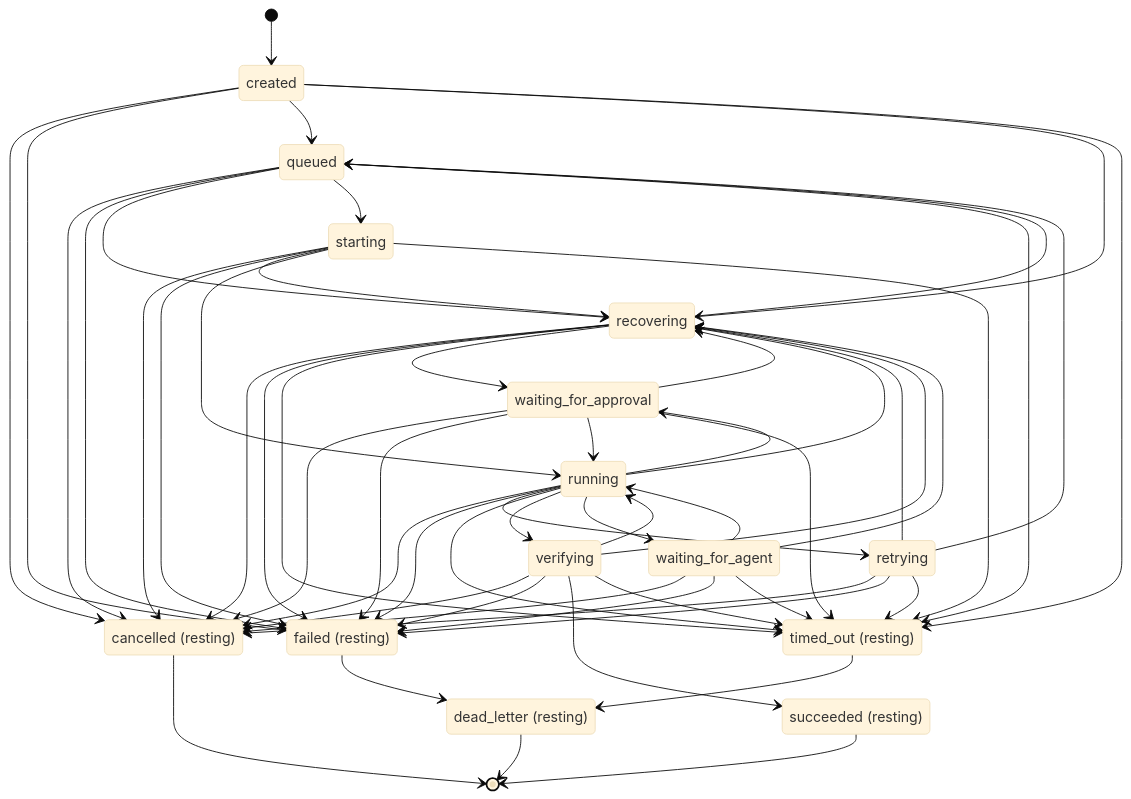
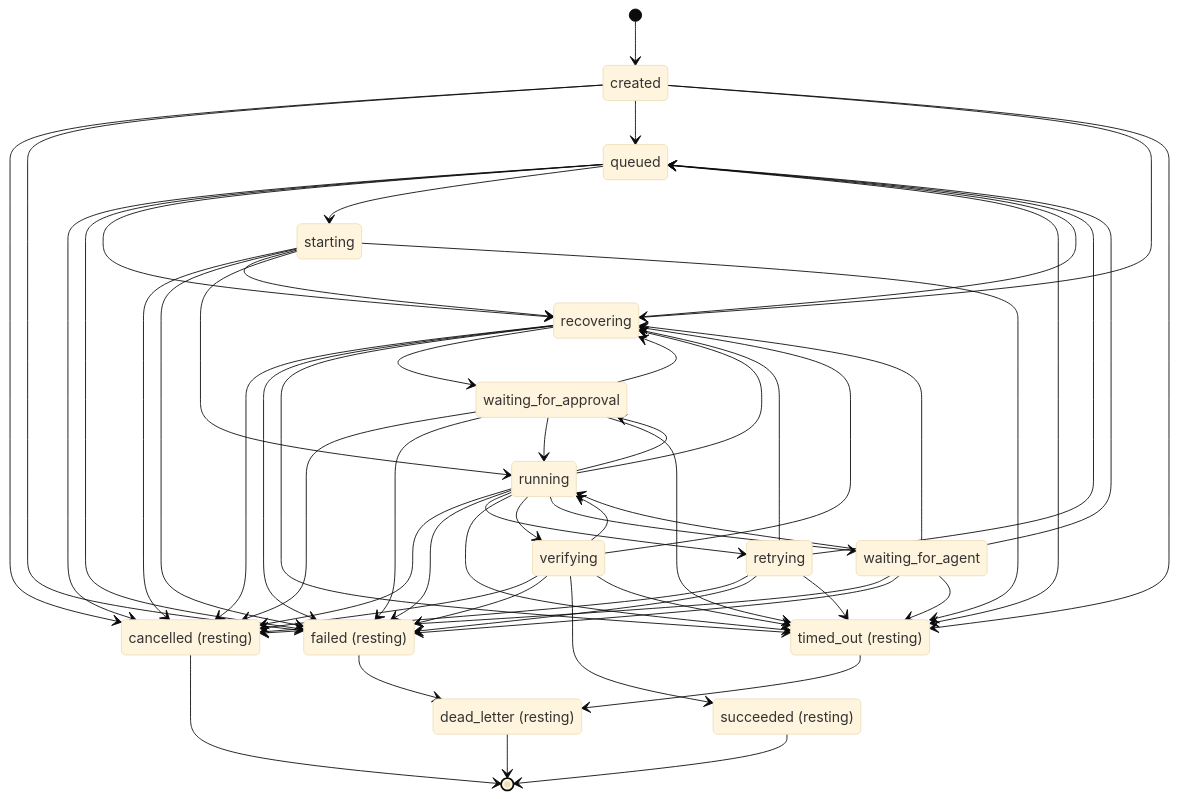
One commit to strikersam/autonomous-ai-agency changed diagram 12 of 22 in docs/lifecycles.md. Above: the diagram before and after it, drawn with Mermaid (base theme). The commit also changed other lines of this file and 44 other files, not shown here.

````diff
--- a/docs/lifecycles.md
+++ b/docs/lifecycles.md
@@ -481,72 +482,73 @@
 ```mermaid
 stateDiagram-v2
     state "cancelled (resting)" as s_cancelled
     state "created" as s_created
     state "dead_letter (resting)" as s_dead_letter
     state "failed (resting)" as s_failed
     state "queued" as s_queued
     state "recovering" as s_recovering
     state "retrying" as s_retrying
     state "running" as s_running
     state "starting" as s_starting
     state "succeeded (resting)" as s_succeeded
     state "timed_out (resting)" as s_timed_out
     state "verifying" as s_verifying
     state "waiting_for_agent" as s_waiting_for_agent
     state "waiting_for_approval" as s_waiting_for_approval
     [*] --> s_created
     s_created --> s_cancelled
     s_created --> s_failed
     s_created --> s_queued
     s_created --> s_recovering
     s_created --> s_timed_out
     s_failed --> s_dead_letter
     s_queued --> s_cancelled
     s_queued --> s_failed
     s_queued --> s_recovering
     s_queued --> s_starting
     s_queued --> s_timed_out
     s_recovering --> s_cancelled
     s_recovering --> s_failed
     s_recovering --> s_queued
     s_recovering --> s_timed_out
     s_recovering --> s_waiting_for_approval
     s_retrying --> s_cancelled
     s_retrying --> s_failed
     s_retrying --> s_queued
     s_retrying --> s_recovering
     s_retrying --> s_timed_out
     s_running --> s_cancelled
     s_running --> s_failed
     s_running --> s_recovering
     s_running --> s_retrying
     s_running --> s_timed_out
     s_running --> s_verifying
     s_running --> s_waiting_for_agent
     s_running --> s_waiting_for_approval
     s_starting --> s_cancelled
     s_starting --> s_failed
     s_starting --> s_recovering
     s_starting --> s_running
     s_starting --> s_timed_out
     s_timed_out --> s_dead_letter
     s_verifying --> s_cancelled
     s_verifying --> s_failed
     s_verifying --> s_recovering
     s_verifying --> s_running
     s_verifying --> s_succeeded
     s_verifying --> s_timed_out
     s_waiting_for_agent --> s_cancelled
     s_waiting_for_agent --> s_failed
+    s_waiting_for_agent --> s_queued
     s_waiting_for_agent --> s_recovering
     s_waiting_for_agent --> s_running
     s_waiting_for_agent --> s_timed_out
     s_waiting_for_approval --> s_cancelled
     s_waiting_for_approval --> s_failed
     s_waiting_for_approval --> s_recovering
     s_waiting_for_approval --> s_running
     s_waiting_for_approval --> s_timed_out
     s_cancelled --> [*]
     s_dead_letter --> [*]
     s_succeeded --> [*]
 ```
````
